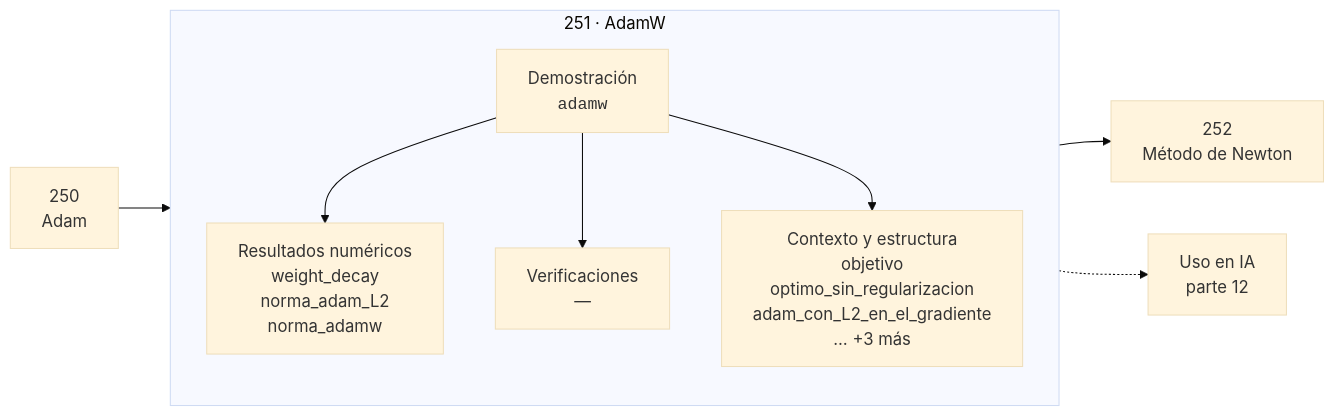
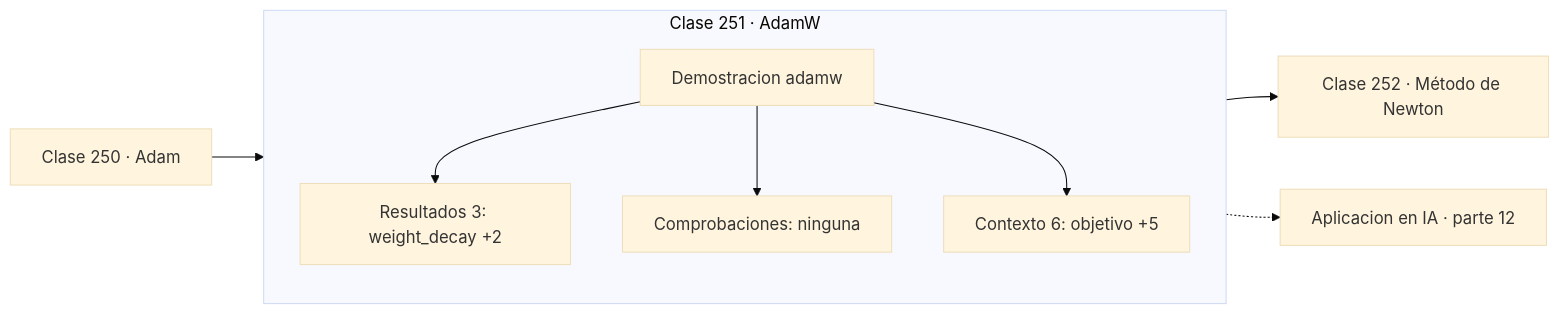
Before and after one commit to vladimiracunadev-create/computational-mathematics-program: the diagram in classes/part-12-optimizacion-matematica-y-computacional/251-adamw/README.md, drawn with Mermaid (base theme). The commit also changed 389 other files, not shown here.

First line of the commit message:
fix(diagramas): elimina el HTML de las etiquetas Mermaid

````diff
--- a/classes/part-12-optimizacion-matematica-y-computacional/251-adamw/README.md
+++ b/classes/part-12-optimizacion-matematica-y-computacional/251-adamw/README.md
@@ -30,12 +30,13 @@
 ```mermaid
 flowchart LR
-    P["250<br/>Adam"] --> C
-    subgraph C["251 · AdamW"]
+    P["Clase 250 · Adam"] --> D
+    subgraph CLASE["Clase 251 · AdamW"]
         direction TB
-        D["Demostración<br/><code>adamw</code>"] --> R["Resultados numéricos<br/>weight_decay<br/>norma_adam_L2<br/>norma_adamw"]
-        D --> V["Verificaciones<br/>—"]
-        D --> O["Contexto y estructura<br/>objetivo<br/>optimo_sin_regularizacion<br/>adam_con_L2_en_el_gradiente<br/>… +3 más"]
+        D["Demostracion adamw"]
+        D --> R["Resultados 3: weight_decay +2"]
+        D --> V["Comprobaciones: ninguna"]
+        D --> O["Contexto 6: objetivo +5"]
     end
-    C --> N["252<br/>Método de Newton"]
-    C -.-> IA["Uso en IA<br/>parte 12"]
+    R --> N["Clase 252 · Método de Newton"]
+    V -.-> IA["Aplicacion en IA · parte 12"]
 ```
````
